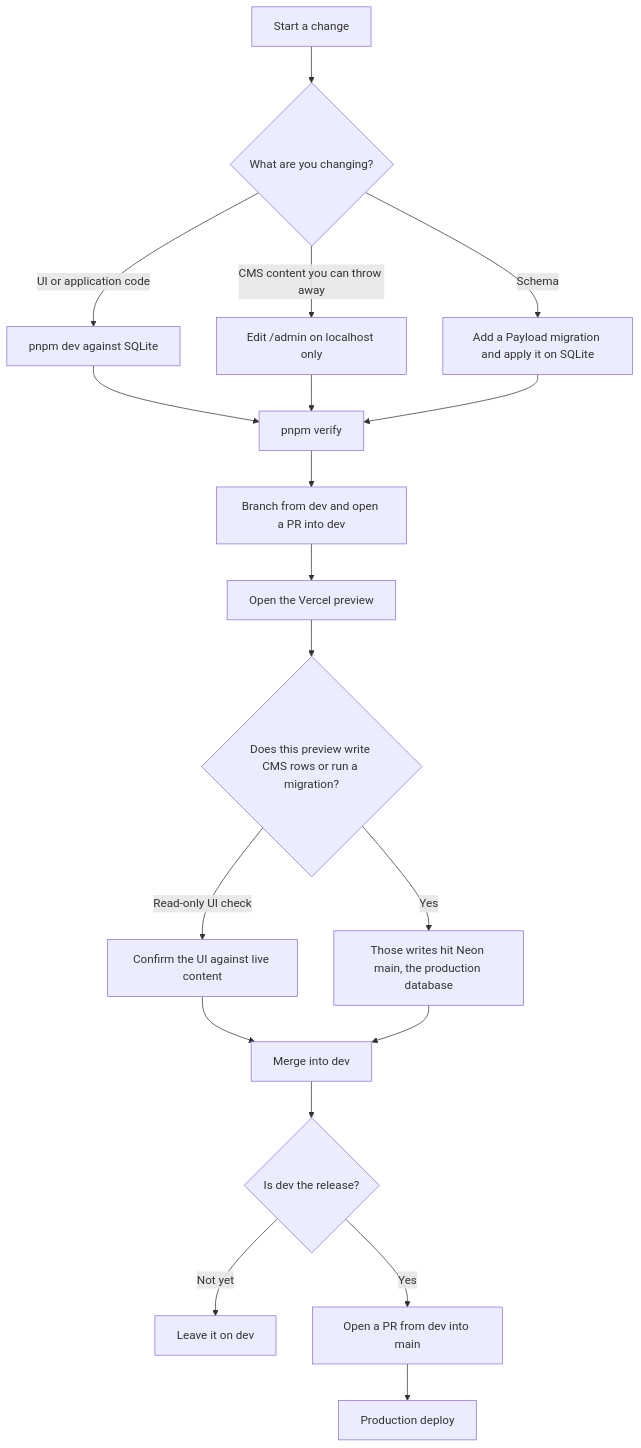
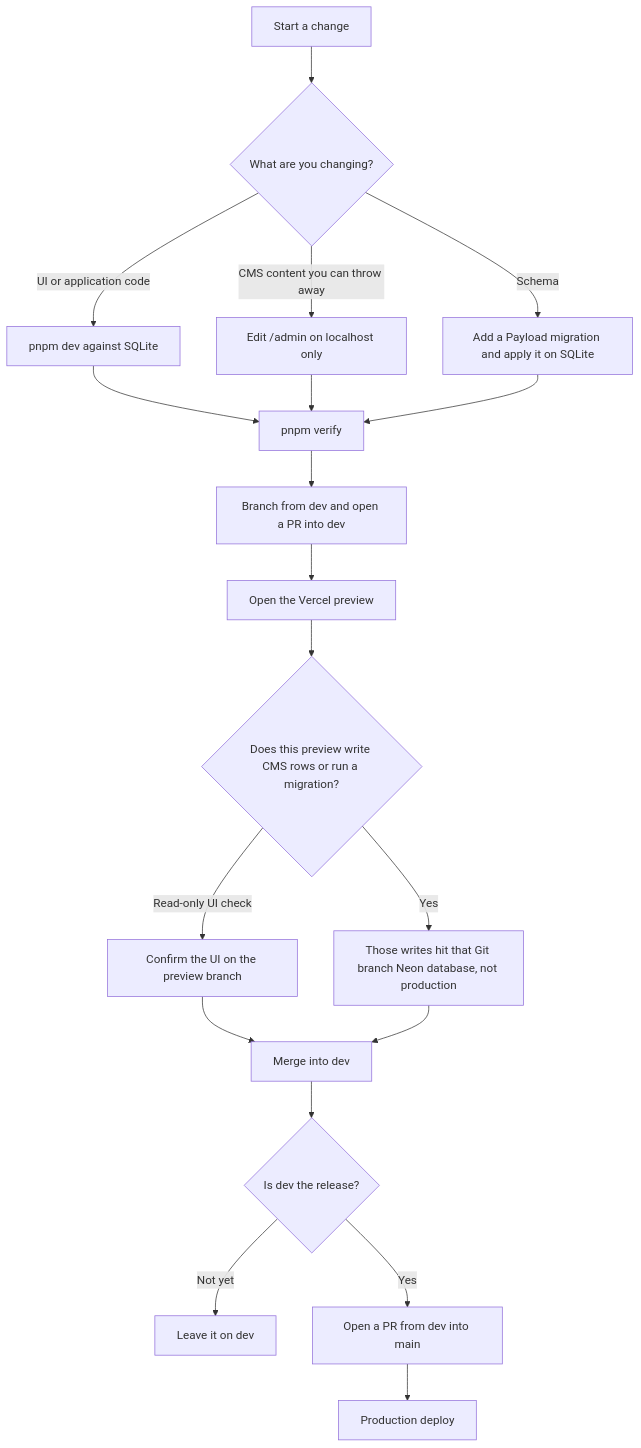
One commit to rhyanvargas/rhyan-portfolio-website changed the first of 3 diagrams in docs/developer-runbook.md. Above: the diagram before and after it, drawn with Mermaid. The commit also changed other lines of this file and 7 other files, not shown here.

````diff
--- a/docs/developer-runbook.md
+++ b/docs/developer-runbook.md
@@ -19,27 +19,27 @@
 ```mermaid
 flowchart TD
   start["Start a change"] --> kind{"What are you changing?"}
 
   kind -->|"UI or application code"| local["pnpm dev against SQLite"]
   kind -->|"CMS content you can throw away"| admin["Edit /admin on localhost only"]
   kind -->|"Schema"| migration["Add a Payload migration and apply it on SQLite"]
 
   local --> verify["pnpm verify"]
   admin --> verify
   migration --> verify
 
   verify --> branch["Branch from dev and open a PR into dev"]
   branch --> preview["Open the Vercel preview"]
 
   preview --> writes{"Does this preview write CMS rows or run a migration?"}
-  writes -->|"Read-only UI check"| look["Confirm the UI against live content"]
-  writes -->|"Yes"| shared["Those writes hit Neon main, the production database"]
+  writes -->|"Read-only UI check"| look["Confirm the UI on the preview branch"]
+  writes -->|"Yes"| shared["Those writes hit that Git branch Neon database, not production"]
 
   look --> mergedev["Merge into dev"]
   shared --> mergedev
 
   mergedev --> release{"Is dev the release?"}
   release -->|"Not yet"| stay["Leave it on dev"]
   release -->|"Yes"| promote["Open a PR from dev into main"]
   promote --> prod["Production deploy"]
 ```
````
